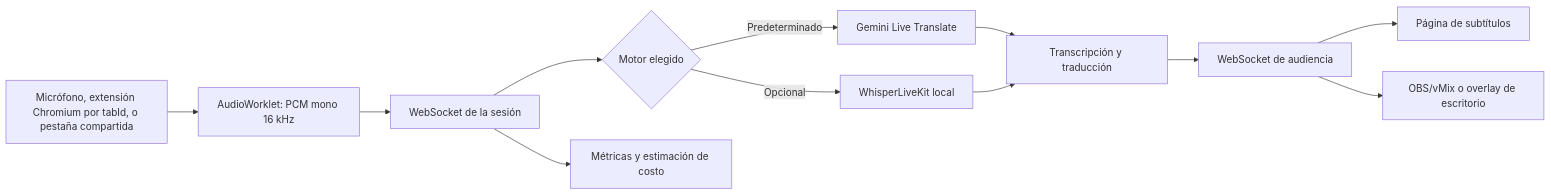
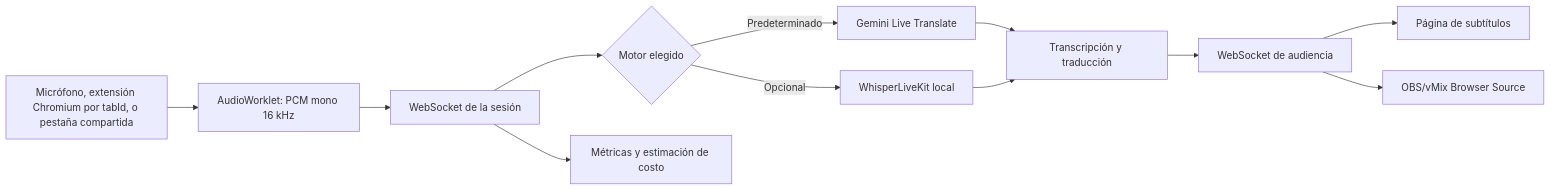
Before and after one commit to GiovanniCieri/Nerdearla: the diagram in README.md, drawn with Mermaid. The commit also changed other lines of this file, not shown here.

````diff
--- a/README.md
+++ b/README.md
@@ -40,14 +49,14 @@
 ```mermaid
 flowchart LR
   A[Micrófono, extensión Chromium por tabId, o pestaña compartida] --> B[AudioWorklet: PCM mono 16 kHz]
   B --> C[WebSocket de la sesión]
   C --> D{Motor elegido}
   D -->|Predeterminado| E[Gemini Live Translate]
   D -->|Opcional| F[WhisperLiveKit local]
   E --> G[Transcripción y traducción]
   F --> G
   G --> H[WebSocket de audiencia]
   H --> I[Página de subtítulos]
-  H --> J[OBS/vMix o overlay de escritorio]
+  H --> J[OBS/vMix Browser Source]
   C --> K[Métricas y estimación de costo]
 ```
````
